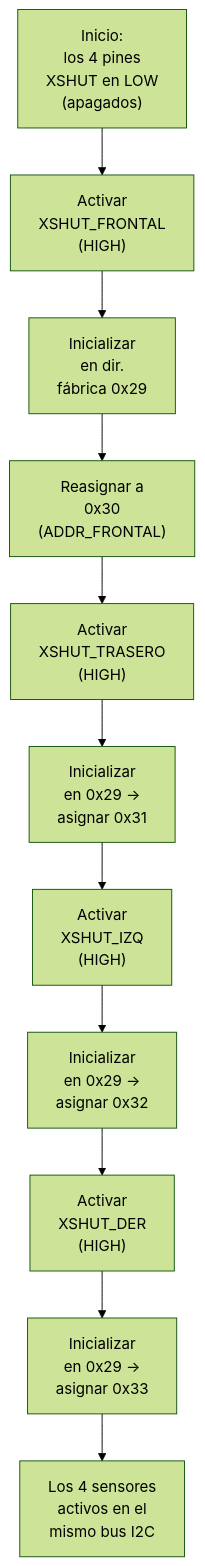
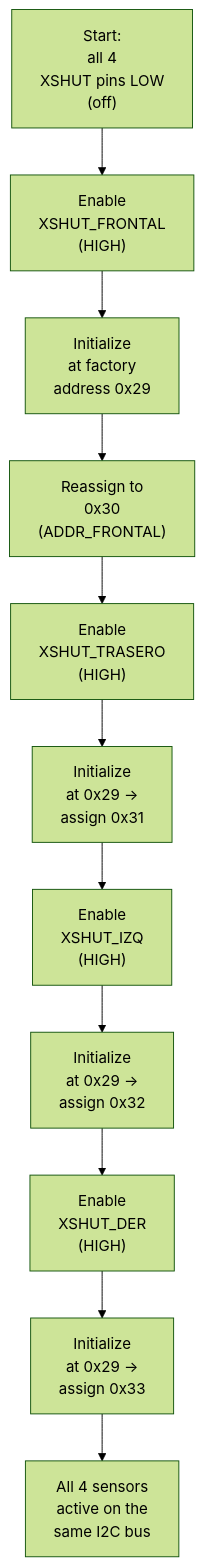
One commit to erchivox/Prometheus-Team-2026 changed the fourth of 18 diagrams in README.md. Above: the diagram before and after it, drawn with Mermaid (forest theme). The commit also changed other lines of this file and 8 other files, not shown here.

````diff
--- a/README.md
+++ b/README.md
@@ -542,13 +542,13 @@
 ```mermaid
 flowchart TD
-    A["Inicio:<br>los 4 pines<br>XSHUT en LOW<br>(apagados)"] --> B["Activar<br>XSHUT_FRONTAL<br>(HIGH)"]
-    B --> C["Inicializar<br>en dir.<br>fábrica 0x29"]
-    C --> D["Reasignar a<br>0x30<br>(ADDR_FRONTAL)"]
-    D --> E["Activar<br>XSHUT_TRASERO<br>(HIGH)"]
-    E --> F["Inicializar<br>en 0x29 →<br>asignar 0x31"]
-    F --> G["Activar<br>XSHUT_IZQ<br>(HIGH)"]
-    G --> H["Inicializar<br>en 0x29 →<br>asignar 0x32"]
-    H --> I["Activar<br>XSHUT_DER<br>(HIGH)"]
-    I --> J["Inicializar<br>en 0x29 →<br>asignar 0x33"]
-    J --> K["Los 4 sensores<br>activos en el<br>mismo bus I2C"]
+    A["Start:<br>all 4<br>XSHUT pins LOW<br>(off)"] --> B["Enable<br>XSHUT_FRONTAL<br>(HIGH)"]
+    B --> C["Initialize<br>at factory<br>address 0x29"]
+    C --> D["Reassign to<br>0x30<br>(ADDR_FRONTAL)"]
+    D --> E["Enable<br>XSHUT_TRASERO<br>(HIGH)"]
+    E --> F["Initialize<br>at 0x29 →<br>assign 0x31"]
+    F --> G["Enable<br>XSHUT_IZQ<br>(HIGH)"]
+    G --> H["Initialize<br>at 0x29 →<br>assign 0x32"]
+    H --> I["Enable<br>XSHUT_DER<br>(HIGH)"]
+    I --> J["Initialize<br>at 0x29 →<br>assign 0x33"]
+    J --> K["All 4 sensors<br>active on the<br>same I2C bus"]
 ```
````
